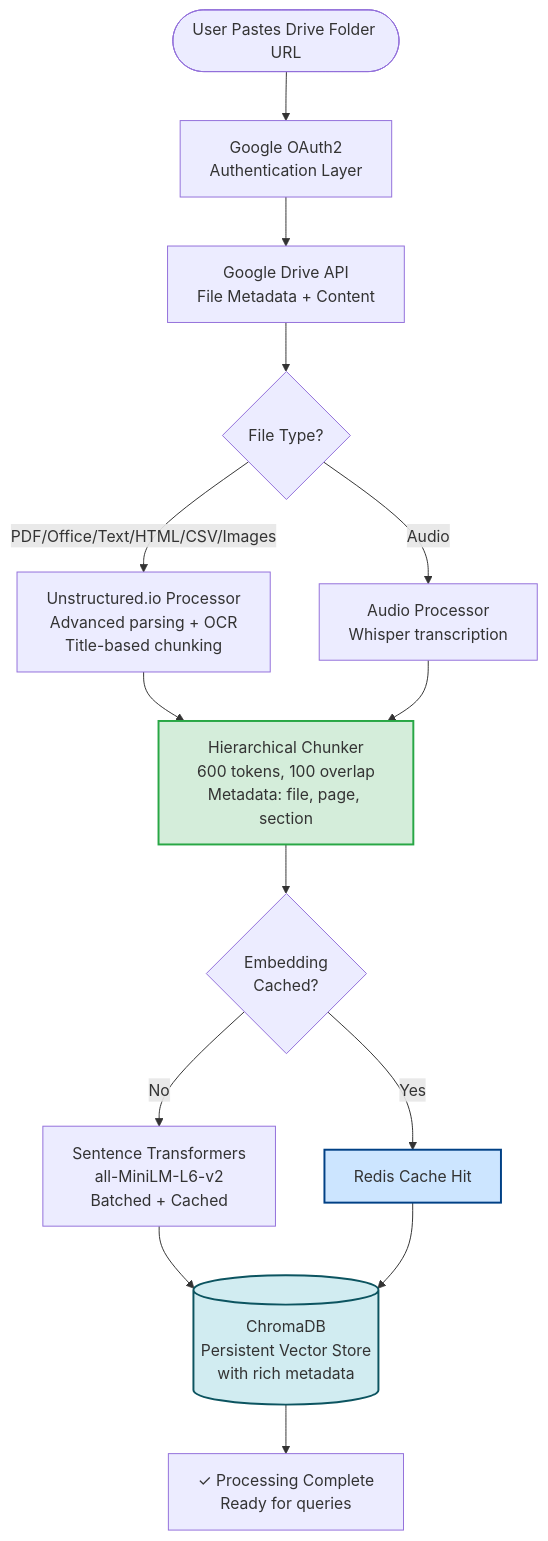
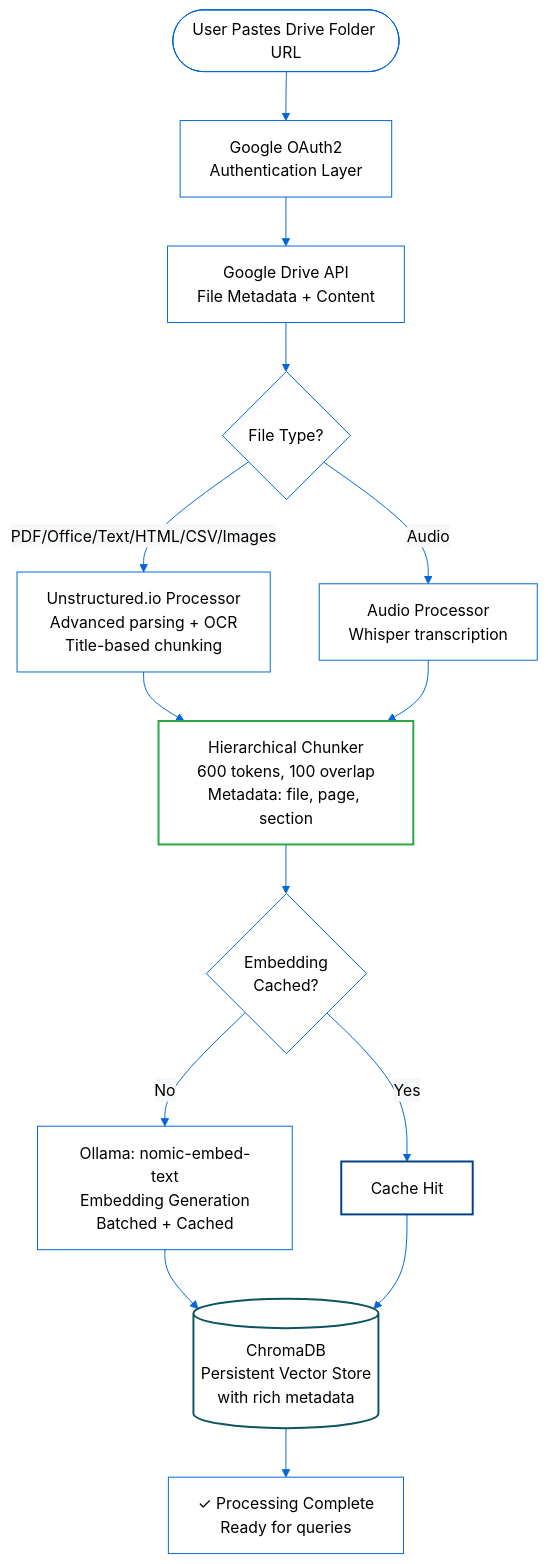
The third of 5 diagrams in README.md (arpan1221/Foldex), drawn with Mermaid before and after one commit. The commit also changed other lines of this file and 1 other file, not shown here.

````diff
--- a/README.md
+++ b/README.md
@@ -152,29 +199,30 @@
 ```mermaid
+%%{init: {'theme':'base', 'themeVariables': { 'primaryColor':'#ffffff', 'primaryTextColor':'#000000', 'primaryBorderColor':'#0366d6', 'lineColor':'#0366d6', 'secondaryColor':'#f6f8fa', 'tertiaryColor':'#ffffff'}}}%%
 flowchart TD
     Start([User Pastes Drive Folder URL]) --> Auth[Google OAuth2<br/>Authentication Layer]
     Auth --> Fetch[Google Drive API<br/>File Metadata + Content]
     
     Fetch --> FileType{File Type?}
     
     FileType -->|PDF/Office/Text/HTML/CSV/Images| UnstructuredProc[Unstructured.io Processor<br/>Advanced parsing + OCR<br/>Title-based chunking]
     FileType -->|Audio| AudioProc[Audio Processor<br/>Whisper transcription]
     
     UnstructuredProc --> Chunker[Hierarchical Chunker<br/>600 tokens, 100 overlap<br/>Metadata: file, page, section]
     AudioProc --> Chunker
     
     Chunker --> Cache{Embedding<br/>Cached?}
     
-    Cache -->|No| Embed[Sentence Transformers<br/>all-MiniLM-L6-v2<br/>Batched + Cached]
-    Cache -->|Yes| CacheHit[Redis Cache Hit]
+    Cache -->|No| Embed[Ollama: nomic-embed-text<br/>Embedding Generation<br/>Batched + Cached]
+    Cache -->|Yes| CacheHit[Cache Hit]
     
     Embed --> VectorDB
     CacheHit --> VectorDB
     
     VectorDB[(ChromaDB<br/>Persistent Vector Store<br/>with rich metadata)]
     
     VectorDB --> Complete[✓ Processing Complete<br/>Ready for queries]
     
-    style Chunker fill:#d4edda,stroke:#28a745,stroke-width:2px
-    style CacheHit fill:#cce5ff,stroke:#004085,stroke-width:2px
-    style VectorDB fill:#d1ecf1,stroke:#0c5460,stroke-width:2px
+    style Chunker fill:#ffffff,stroke:#28a745,stroke-width:2px,color:#000000
+    style CacheHit fill:#ffffff,stroke:#004085,stroke-width:2px,color:#000000
+    style VectorDB fill:#ffffff,stroke:#0c5460,stroke-width:2px,color:#000000
 ```
````
